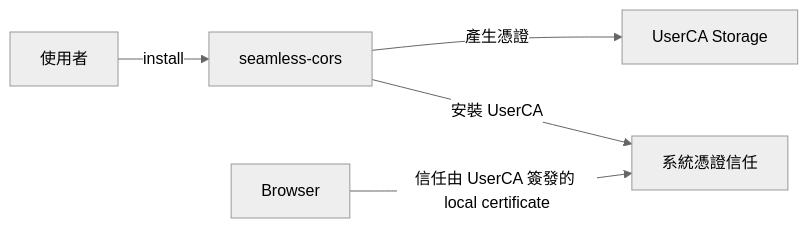
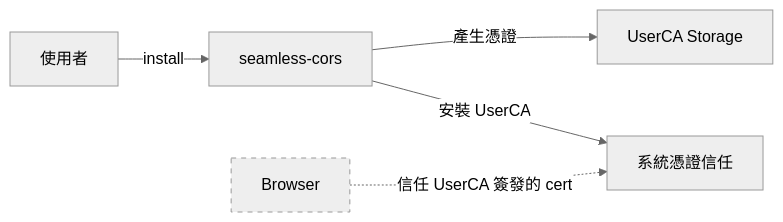
The first of 6 diagrams in diagrams/v3.md (QzCurious/seamless-cors), drawn with Mermaid (neutral theme) before and after one commit. The commit also changed other lines of this file and 2 other files, not shown here.

Commit message:
update diagrams

````diff
--- a/diagrams/v3.md
+++ b/diagrams/v3.md
@@ -3,13 +3,15 @@
 ```mermaid
 flowchart LR
   User[使用者]
   SeamlessCors[seamless-cors]
   CAStorage[UserCA Storage]
   SystemTrust[系統憑證信任]
   Browser[Browser]
 
   User -->|install| SeamlessCors
   SeamlessCors -->|產生憑證| CAStorage
   SeamlessCors -->|安裝 UserCA| SystemTrust
-  Browser -->|信任由 UserCA 簽發的 local certificate| SystemTrust
+  Browser -.->|信任 UserCA 簽發的 cert| SystemTrust
+
+  style Browser stroke-dasharray: 5 5
 ```
````
